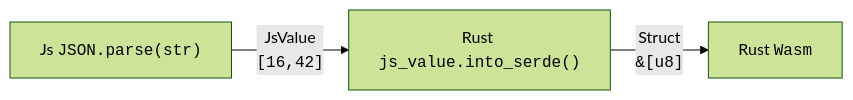
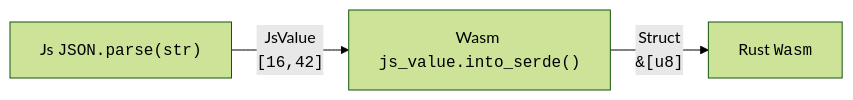
One commit to gist-rs/book changed the second of 3 diagrams in src/wasm/serialize-js-data.md. Above: the diagram before and after it, drawn with Mermaid (forest theme). The commit also changed other lines of this file, not shown here.

Commit message:
use wasm

````diff
--- a/src/wasm/serialize-js-data.md
+++ b/src/wasm/serialize-js-data.md
@@ -14,4 +14,4 @@
    ```mermaid
    graph LR
-   A["Js <code>JSON.parse(str)</code>"] --"JsValue<br><code>[16,42]</code>"--> B["Rust <code>js_value.into_serde()</code>"] --"Struct<br><code>&[u8]</code>"--> C[Rust <code>Wasm</code>]
+   A["Js <code>JSON.parse(str)</code>"] --"JsValue<br><code>[16,42]</code>"--> B["Wasm <code>js_value.into_serde()</code>"] --"Struct<br><code>&[u8]</code>"--> C[Rust <code>Wasm</code>]
    ```
````
